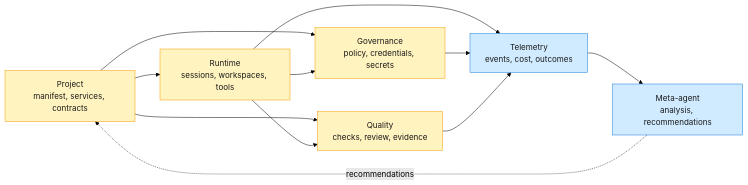
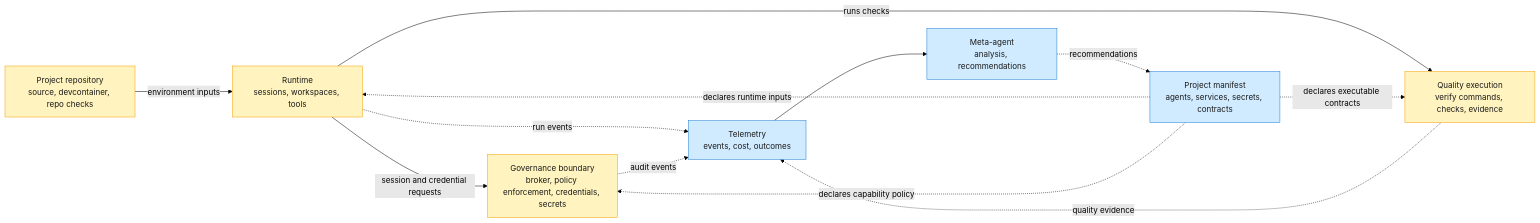
The second of 2 diagrams in docs/current-north-star-architecture.md (maryzam/ai-crew-localdev), drawn with Mermaid (forest theme) before and after one commit. The commit also changed other lines of this file, not shown here.

Commit message:
Clarify architecture domain boundaries

````diff
--- a/docs/current-north-star-architecture.md
+++ b/docs/current-north-star-architecture.md
@@ -95,28 +126,31 @@
 ```mermaid
 flowchart LR
-    Project[Project<br/>manifest, services, contracts]
+    Project[Project repository<br/>source, devcontainer, repo checks]
+    Manifest[Project manifest<br/>agents, services, secrets, contracts]
     Runtime[Runtime<br/>sessions, workspaces, tools]
-    Governance[Governance<br/>policy, credentials, secrets]
-    Quality[Quality<br/>checks, review, evidence]
+    Governance[Governance boundary<br/>broker, policy enforcement, credentials, secrets]
+    Quality[Quality execution<br/>verify commands, checks, evidence]
     Telemetry[Telemetry<br/>events, cost, outcomes]
     Meta[Meta-agent<br/>analysis, recommendations]
 
-    Project --> Runtime
-    Project --> Governance
-    Project --> Quality
+    Project -->|environment inputs| Runtime
 
-    Runtime --> Governance
-    Runtime --> Quality
-    Runtime --> Telemetry
+    Runtime -->|session and credential requests| Governance
+    Runtime -->|runs checks| Quality
+    Runtime -.->|run events| Telemetry
 
-    Governance --> Telemetry
-    Quality --> Telemetry
+    Manifest -.->|declares runtime inputs| Runtime
+    Manifest -.->|declares capability policy| Governance
+    Manifest -.->|declares executable contracts| Quality
+
+    Governance -.->|audit events| Telemetry
+    Quality -.->|quality evidence| Telemetry
     Telemetry --> Meta
 
-    Meta -.->|recommendations| Project
+    Meta -.->|recommendations| Manifest
 
     classDef current fill:#fff3bf,stroke:#f59f00,color:#1a1a1a
     classDef north fill:#d0ebff,stroke:#1c7ed6,color:#1a1a1a
     class Project,Runtime,Governance,Quality current
-    class Telemetry,Meta north
+    class Manifest,Telemetry,Meta north
 ```
````
